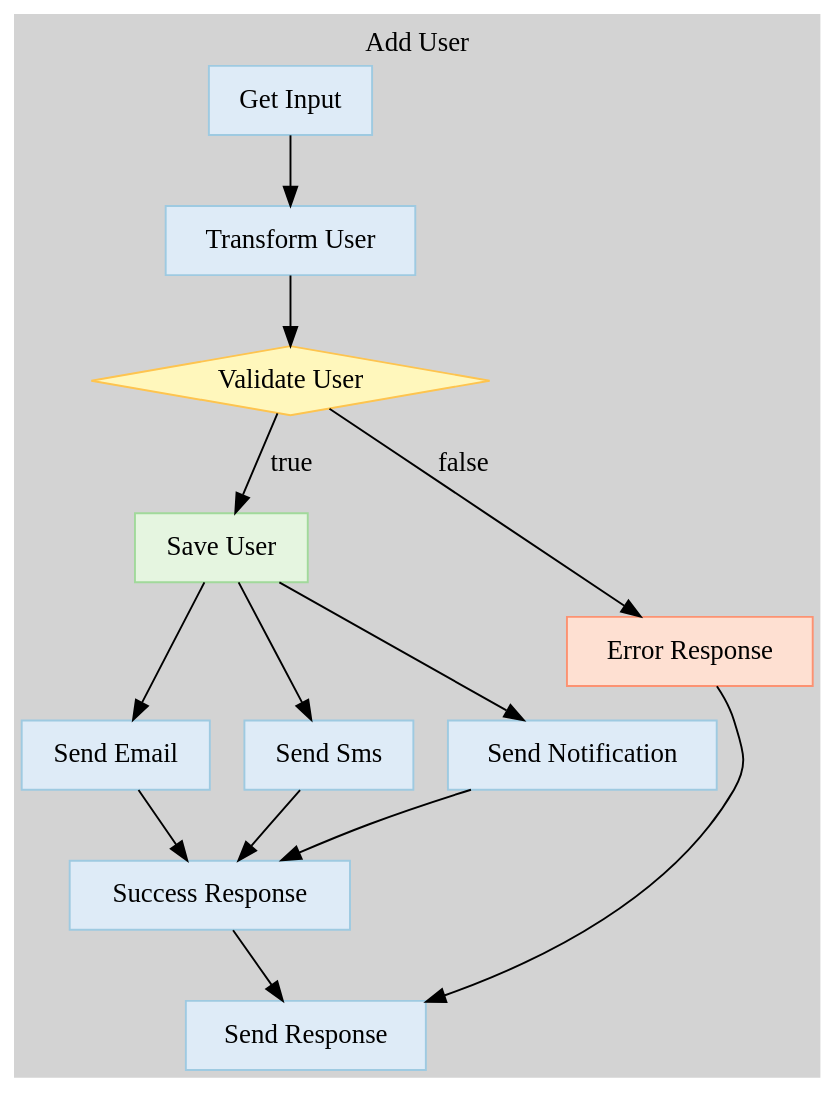
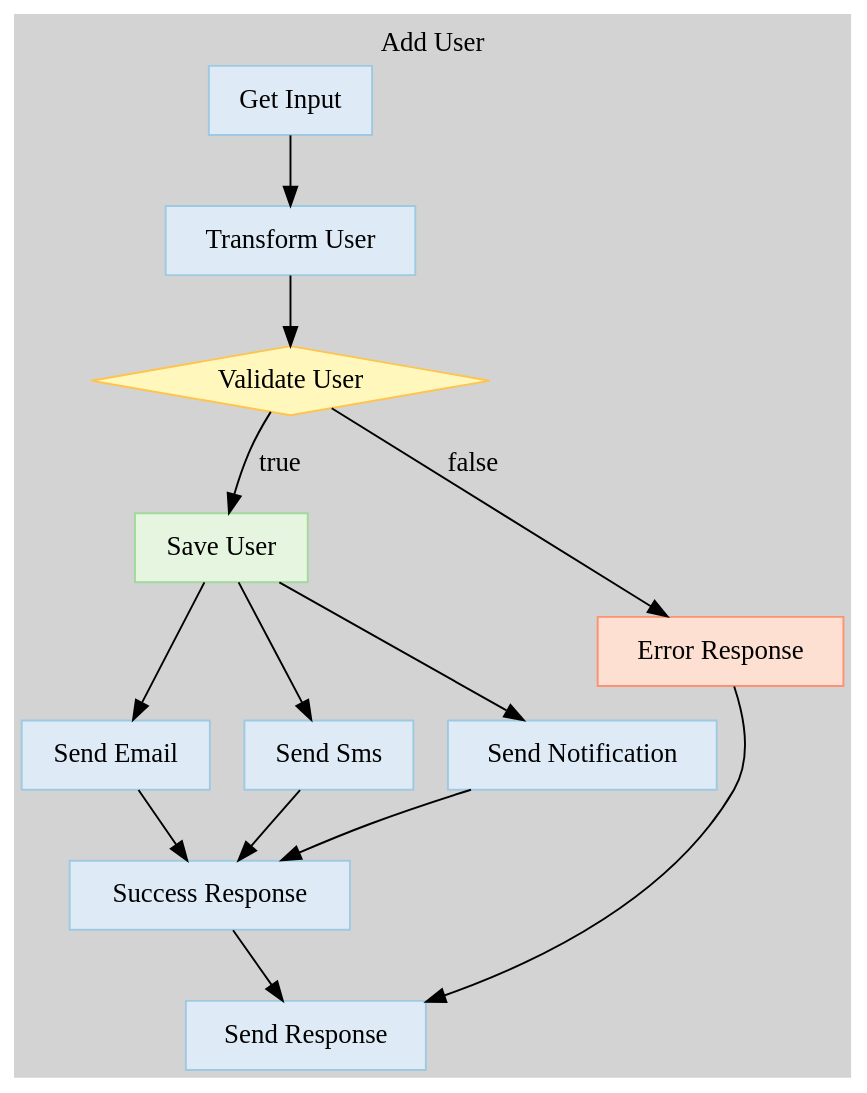
The diagram in add-user.gv (suryakoinworks/flow-graph), drawn with Graphviz before and after one commit. The commit also changed other lines of this file and 2 other files, not shown here.

```diff
--- a/add-user.gv
+++ b/add-user.gv
@@ -1,54 +1,54 @@
 strict digraph {
 
 	bgcolor="lightgrey";
 
 	label="Add User";
 
 	labelloc="t";
 
 
-	"Send Response" [ color="2", colorscheme="blues3", fillcolor="1", shape="rectangle", style="filled",  weight=0 ];
+	"Get Input" [ color="2", colorscheme="blues3", fillcolor="1", shape="rectangle", style="filled",  weight=0 ];
+
+	"Get Input" -> "Transform User" [  weight=0 ];
 
 	"Validate User" [ color="2", colorscheme="ylorbr3", fillcolor="1", shape="diamond", style="filled",  weight=0 ];
 
 	"Validate User" -> "Save User" [ label="true",  weight=0 ];
 
 	"Validate User" -> "Error Response" [ label="false",  weight=0 ];
 
+	"Error Response" [ color="2", colorscheme="reds3", fillcolor="1", shape="rectangle", style="filled",  weight=0 ];
+
+	"Error Response" -> "Send Response" [  weight=0 ];
+
+	"Transform User" [ color="2", colorscheme="blues3", fillcolor="1", shape="rectangle", style="filled",  weight=0 ];
+
+	"Transform User" -> "Validate User" [  weight=0 ];
+
 	"Send Email" [ color="2", colorscheme="blues3", fillcolor="1", shape="rectangle", style="filled",  weight=0 ];
 
 	"Send Email" -> "Success Response" [  weight=0 ];
 
-	"Error Response" [ color="2", colorscheme="reds3", fillcolor="1", shape="rectangle", style="filled",  weight=0 ];
+	"Save User" [ color="2", colorscheme="greens3", fillcolor="1", shape="rectangle", style="filled",  weight=0 ];
 
-	"Error Response" -> "Send Response" [  weight=0 ];
+	"Save User" -> "Send Sms" [  weight=0 ];
 
-	"Get Input" [ color="2", colorscheme="blues3", fillcolor="1", shape="rectangle", style="filled",  weight=0 ];
+	"Save User" -> "Send Notification" [  weight=0 ];
 
-	"Get Input" -> "Transform User" [  weight=0 ];
+	"Save User" -> "Send Email" [  weight=0 ];
 
-	"Transform User" [ color="2", colorscheme="blues3", fillcolor="1", shape="rectangle", style="filled",  weight=0 ];
+	"Send Notification" [ color="2", colorscheme="blues3", fillcolor="1", shape="rectangle", style="filled",  weight=0 ];
 
-	"Transform User" -> "Validate User" [  weight=0 ];
+	"Send Notification" -> "Success Response" [  weight=0 ];
+
+	"Send Response" [ color="2", colorscheme="blues3", fillcolor="1", shape="rectangle", style="filled",  weight=0 ];
 
 	"Send Sms" [ color="2", colorscheme="blues3", fillcolor="1", shape="rectangle", style="filled",  weight=0 ];
 
 	"Send Sms" -> "Success Response" [  weight=0 ];
 
 	"Success Response" [ color="2", colorscheme="blues3", fillcolor="1", shape="rectangle", style="filled",  weight=0 ];
 
 	"Success Response" -> "Send Response" [  weight=0 ];
 
-	"Send Notification" [ color="2", colorscheme="blues3", fillcolor="1", shape="rectangle", style="filled",  weight=0 ];
-
-	"Send Notification" -> "Success Response" [  weight=0 ];
-
-	"Save User" [ color="2", colorscheme="greens3", fillcolor="1", shape="rectangle", style="filled",  weight=0 ];
-
-	"Save User" -> "Send Notification" [  weight=0 ];
-
-	"Save User" -> "Send Email" [  weight=0 ];
-
-	"Save User" -> "Send Sms" [  weight=0 ];
-
 }
```
